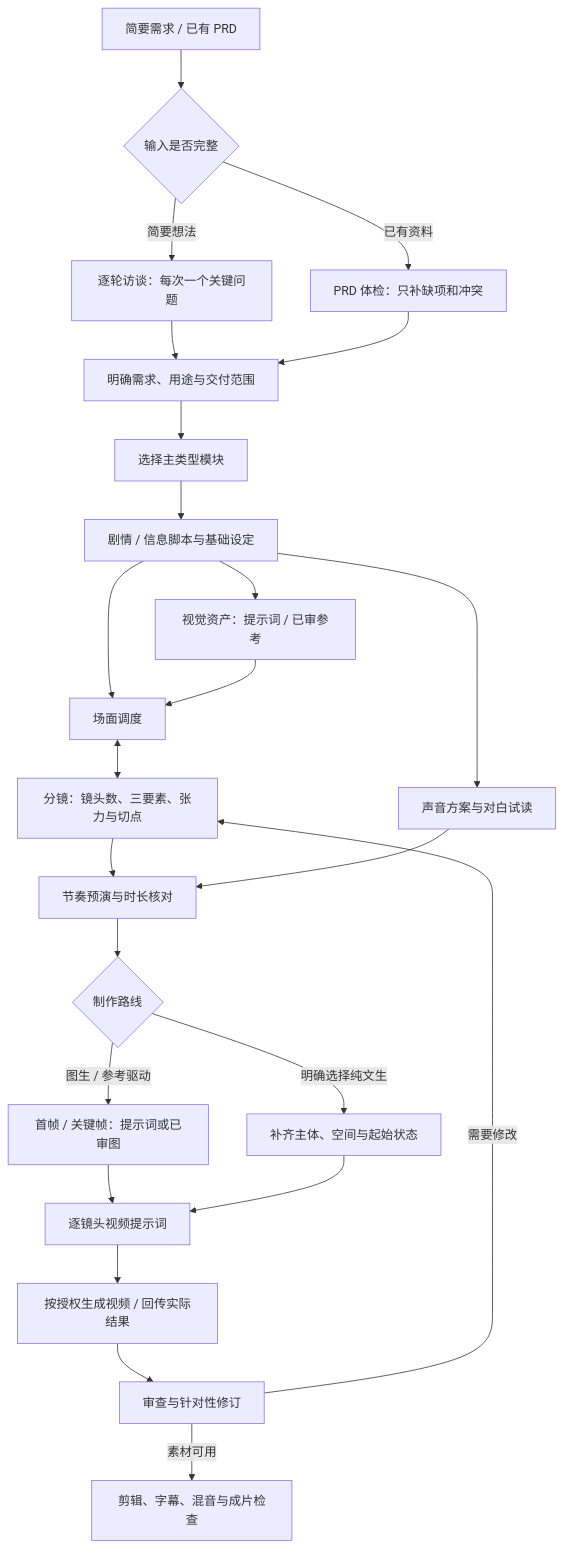
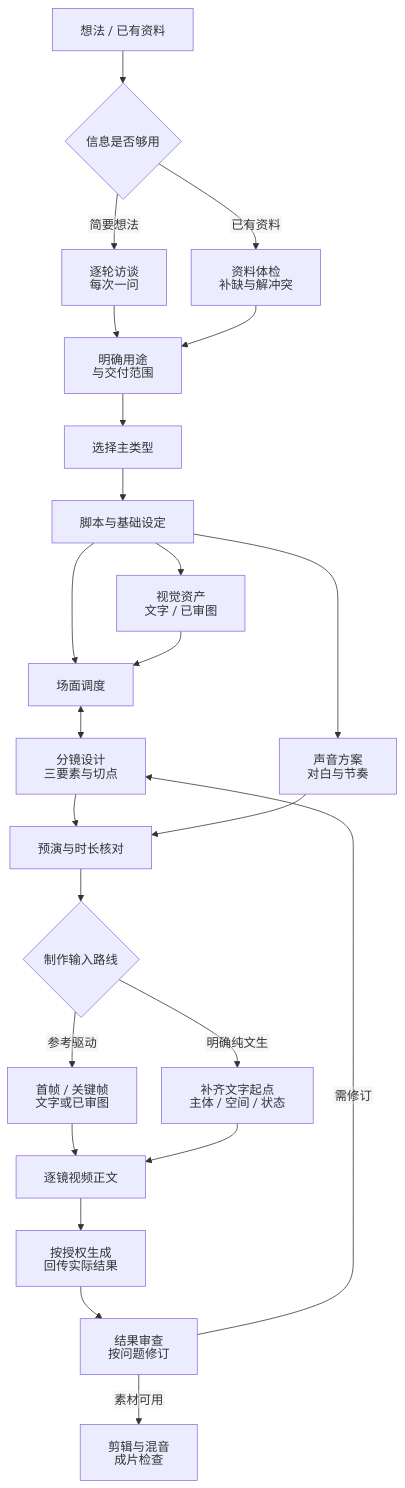
One commit to nanjiang976-ui/AIGC_Lab changed the diagram in README.md. Above: the diagram before and after it, drawn with Mermaid. The commit also changed other lines of this file and 41 other files, not shown here.

````diff
--- a/README.md
+++ b/README.md
@@ -38,26 +38,27 @@
 ```mermaid
-flowchart TD
-    A["简要需求 / 已有 PRD"] --> B{"输入是否完整"}
-    B -->|"简要想法"| C["逐轮访谈：每次一个关键问题"]
-    B -->|"已有资料"| D["PRD 体检：只补缺项和冲突"]
-    C --> E["明确需求、用途与交付范围"]
+%%{init: {"htmlLabels": false, "flowchart": {"padding": 18, "nodeSpacing": 32, "rankSpacing": 42, "diagramPadding": 20}}}%%
+flowchart TB
+    A["想法 / 已有资料"] --> B{"信息是否够用"}
+    B -->|"简要想法"| C["逐轮访谈<br/>每次一问"]
+    B -->|"已有资料"| D["资料体检<br/>补缺与解冲突"]
+    C --> E["明确用途<br/>与交付范围"]
     D --> E
-    E --> M["选择主类型模块"]
-    M --> F["剧情 / 信息脚本与基础设定"]
-    F --> G["视觉资产：提示词 / 已审参考"]
+    E --> M["选择主类型"]
+    M --> F["脚本与基础设定"]
+    F --> G["视觉资产<br/>文字 / 已审图"]
     F --> H["场面调度"]
     G --> H
-    H <--> I["分镜：镜头数、三要素、张力与切点"]
-    F --> S["声音方案与对白试读"]
-    I --> J["节奏预演与时长核对"]
+    H <--> I["分镜设计<br/>三要素与切点"]
+    F --> S["声音方案<br/>对白与节奏"]
+    I --> J["预演与时长核对"]
     S --> J
-    J --> K{"制作路线"}
-    K -->|"图生 / 参考驱动"| L["首帧 / 关键帧：提示词或已审图"]
-    K -->|"明确选择纯文生"| N["补齐主体、空间与起始状态"]
-    L --> O["逐镜头视频提示词"]
+    J --> K{"制作输入路线"}
+    K -->|"参考驱动"| L["首帧 / 关键帧<br/>文字或已审图"]
+    K -->|"明确纯文生"| N["补齐文字起点<br/>主体 / 空间 / 状态"]
+    L --> O["逐镜视频正文"]
     N --> O
-    O --> P["按授权生成视频 / 回传实际结果"]
-    P --> Q["审查与针对性修订"]
-    Q -->|"需要修改"| I
-    Q -->|"素材可用"| R["剪辑、字幕、混音与成片检查"]
+    O --> P["按授权生成<br/>回传实际结果"]
+    P --> Q["结果审查<br/>按问题修订"]
+    Q -->|"需修订"| I
+    Q -->|"素材可用"| R["剪辑与混音<br/>成片检查"]
 ```
````
